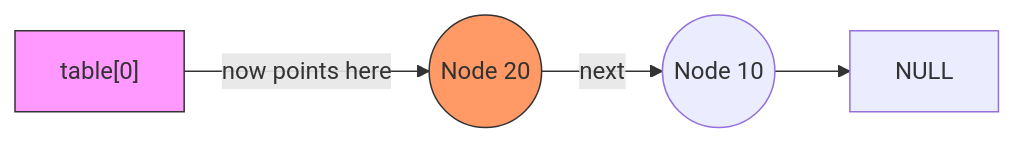
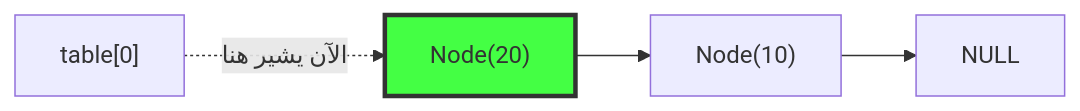
Diagram 13 of 24 in Data Structure/16-Hash Table - lecture codes.md (muhammad-khaled-tech/My-Study-Notes), drawn with Mermaid before and after one commit. The commit also changed other lines of this file and 3 other files, not shown here.

````diff
--- a/Data Structure/16-Hash Table - lecture codes.md
+++ b/Data Structure/16-Hash Table - lecture codes.md
@@ -586,9 +546,8 @@
 ```mermaid
 graph LR
-    Table["table[0]"] -- "now points here" --> NewNode((Node 20))
-    NewNode -- next --> Node10((Node 10))
-    Node10 --> NULL1[NULL]
-
-    style NewNode fill:#f96,stroke:#333
-    style Table fill:#f9f,stroke:#333
+    T0["table[0]"] -.->|"الآن يشير هنا"| NewN["Node(20)"]
+    NewN --> N10["Node(10)"]
+    N10 --> NULL1[NULL]
+    
+    style NewN fill:#4f4,stroke:#333,stroke-width:3px
 ```
````
